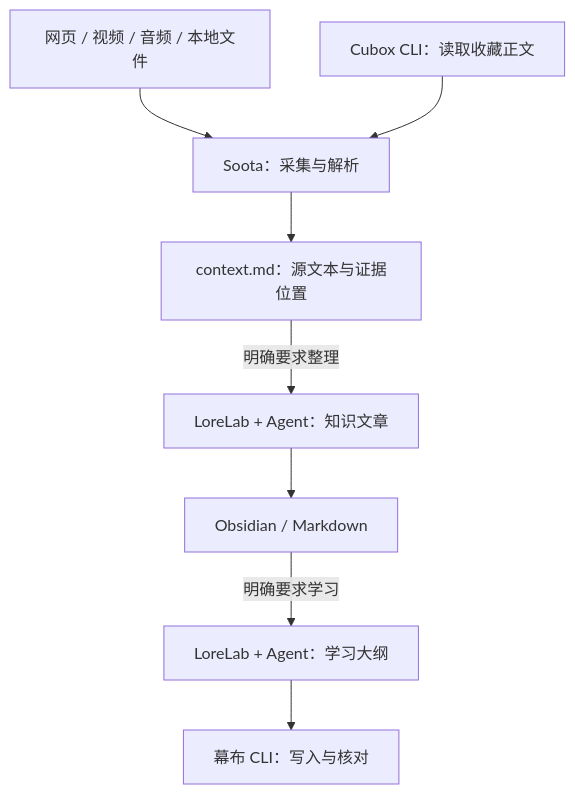
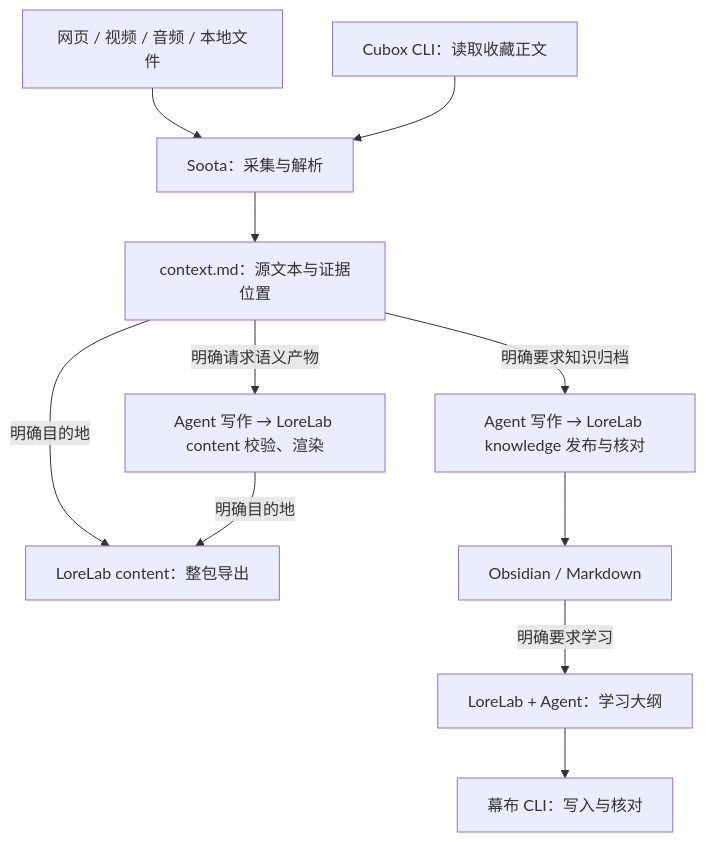
The diagram in README.md (0xTotoroX/lorelab), drawn with Mermaid before and after one commit. The commit also changed other lines of this file and 24 other files, not shown here.

Commit message:
docs: move semantic content workflows and skills to LoreLab

````diff
--- a/README.md
+++ b/README.md
@@ -26,10 +26,13 @@
 ```mermaid
 flowchart TD
     media["网页 / 视频 / 音频 / 本地文件"] --> ingest["Soota：采集与解析"]
     cubox["Cubox CLI：读取收藏正文"] --> ingest
     ingest --> context["context.md：源文本与证据位置"]
-    context -->|明确要求整理| article["LoreLab + Agent：知识文章"]
+    context -->|明确请求语义产物| content["Agent 写作 → LoreLab content 校验、渲染"]
+    context -->|明确目的地| export["LoreLab content：整包导出"]
+    content -->|明确目的地| export
+    context -->|明确要求知识归档| article["Agent 写作 → LoreLab knowledge 发布与核对"]
     article --> vault["Obsidian / Markdown"]
     vault -->|明确要求学习| study["LoreLab + Agent：学习大纲"]
     study --> mubu["幕布 CLI：写入与核对"]
 ```
````
